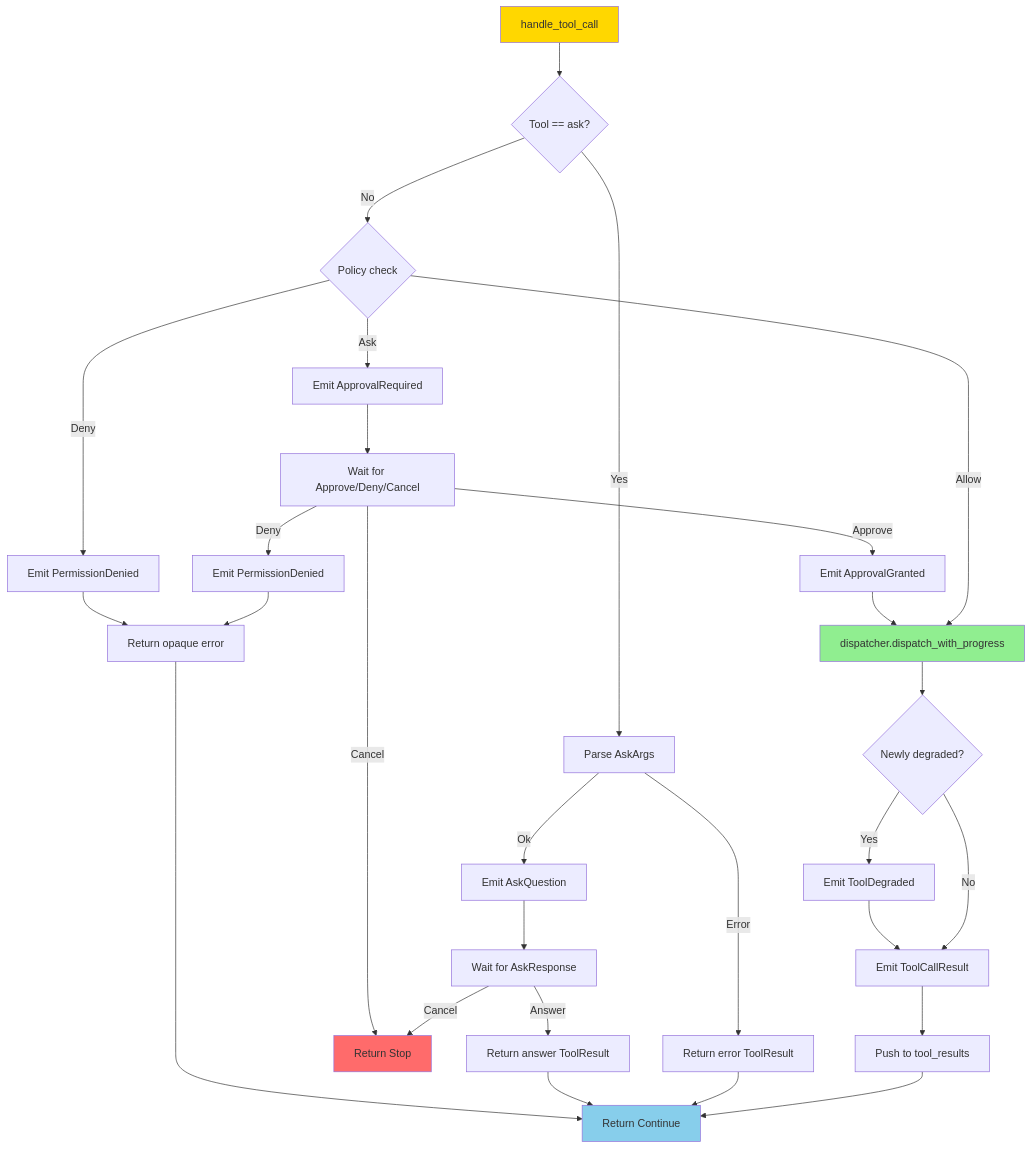
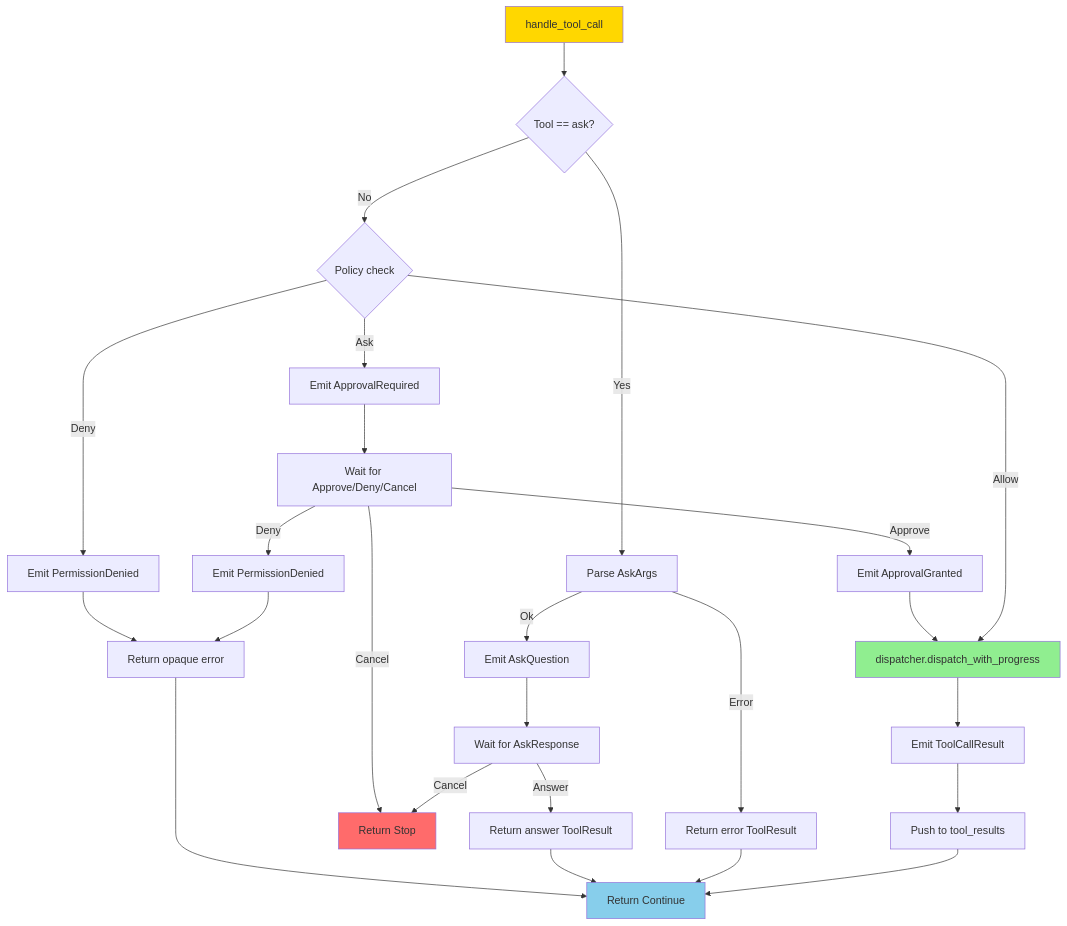
Before and after one commit to lukagray-dev/Operon: the tenth of 21 diagrams in operon-rs/src/operon-session/README.md, drawn with Mermaid. The commit also changed other lines of this file and 110 other files, not shown here.

````diff
--- a/operon-rs/src/operon-session/README.md
+++ b/operon-rs/src/operon-session/README.md
@@ -404,43 +404,39 @@
 ```mermaid
 flowchart TB
     Start[handle_tool_call] --> Ask{Tool == ask?}
     
     Ask -->|Yes| ParseArgs[Parse AskArgs]
     ParseArgs -->|Error| ReturnErr[Return error ToolResult]
     ParseArgs -->|Ok| EmitQ[Emit AskQuestion]
     EmitQ --> WaitAns[Wait for AskResponse]
     WaitAns -->|Cancel| StopFlow[Return Stop]
     WaitAns -->|Answer| ReturnAns[Return answer ToolResult]
     
     Ask -->|No| PolicyCheck{Policy check}
     
     PolicyCheck -->|Allow| Dispatch[dispatcher.dispatch_with_progress]
     
     PolicyCheck -->|Ask| EmitApp[Emit ApprovalRequired]
     EmitApp --> WaitApp[Wait for Approve/Deny/Cancel]
     WaitApp -->|Approve| Granted[Emit ApprovalGranted]
     Granted --> Dispatch
     WaitApp -->|Deny| Denied[Emit PermissionDenied]
     Denied --> OpaqueErr[Return opaque error]
     WaitApp -->|Cancel| StopFlow
     
     PolicyCheck -->|Deny| Denied2[Emit PermissionDenied]
     Denied2 --> OpaqueErr
     
-    Dispatch --> CheckDeg{Newly degraded?}
-    CheckDeg -->|Yes| EmitDeg[Emit ToolDegraded]
-    CheckDeg -->|No| EmitRes[Emit ToolCallResult]
-    EmitDeg --> EmitRes
-    
+    Dispatch --> EmitRes[Emit ToolCallResult]
     EmitRes --> PushRes[Push to tool_results]
     PushRes --> Continue[Return Continue]
     
     ReturnErr --> Continue
     ReturnAns --> Continue
     OpaqueErr --> Continue
     
     style Start fill:#FFD700
     style Dispatch fill:#90EE90
     style Continue fill:#87CEEB
     style StopFlow fill:#FF6B6B
 ```
````
